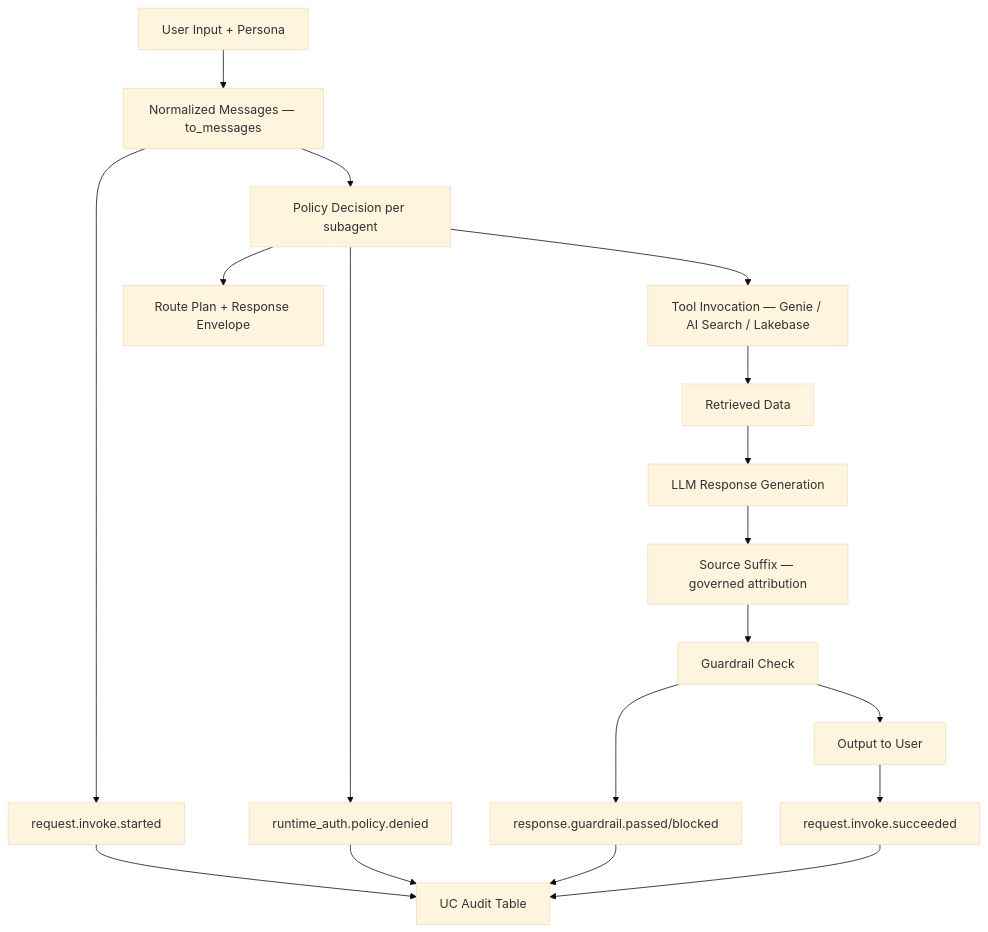
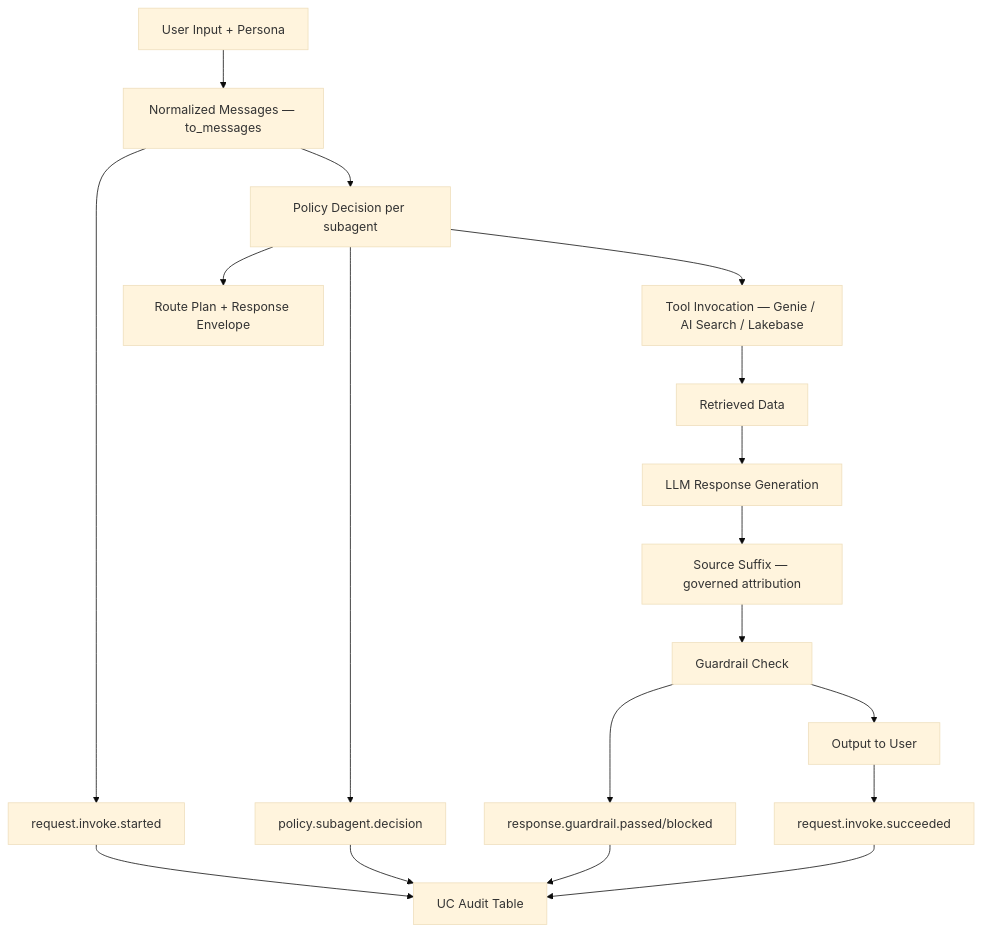
Before and after one commit to wchen-dea/Governed-Multi-Agent-Intelligence-on-Databricks: the third of 4 diagrams in docs/architecture/design-artifacts/03-logical-high-level.md, drawn with Mermaid (base theme). The commit also changed 19 other files, not shown here.

````diff
--- a/docs/architecture/design-artifacts/03-logical-high-level.md
+++ b/docs/architecture/design-artifacts/03-logical-high-level.md
@@ -63,21 +63,21 @@
 ```mermaid
 flowchart TD
     I[User Input + Persona] --> N[Normalized Messages — to_messages]
     N --> P[Policy Decision per subagent]
     P --> T[Tool Invocation — Genie / AI Search / Lakebase]
     P --> RP[Route Plan + Response Envelope]
     T --> R[Retrieved Data]
     R --> G[LLM Response Generation]
     G --> SRC[Source Suffix — governed attribution]
     SRC --> GR[Guardrail Check]
     GR --> O[Output to User]
 
     N --> E1[request.invoke.started]
-    P --> E2[runtime_auth.policy.denied]
+    P --> E2[policy.subagent.decision]
     GR --> E3[response.guardrail.passed/blocked]
     O --> E4[request.invoke.succeeded]
     E1 --> L[UC Audit Table]
     E2 --> L
     E3 --> L
     E4 --> L
 ```
````
